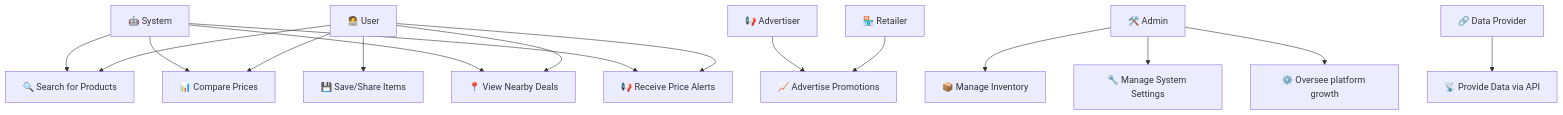
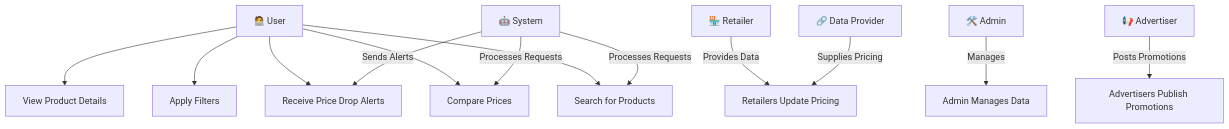
One commit to denzil-daniels-204525918/Price-aggregator-comparison-app changed the diagram in Use Case Diagrams.md. Above: the diagram before and after it, drawn with Mermaid. The commit also changed other lines of this file, not shown here.

Commit message:
Update Use Case Diagrams.md

````diff
--- a/Use Case Diagrams.md
+++ b/Use Case Diagrams.md
@@ -1,44 +3,36 @@
 ```mermaid
 graph TD;
   %% Define Actors
   User["🧑‍💻 User"] 
   Retailer["🏪 Retailer"]
   Admin["🛠️ Admin"]
   DataProvider["🔗 Data Provider"]
   Advertiser["📢 Advertiser"]
   System["🤖 System"]
 
   %% Define Use Cases
-  A["🔍 Search for Products"]
-  B["📊 Compare Prices"]
-  C["📍 View Nearby Deals"]
-  D["📢 Receive Price Alerts"]
-  E["💾 Save/Share Items"]
-  F["📦 Manage Inventory"]
-  G["📡 Provide Data via API"]
-  H["📈 Advertise Promotions"]
-  I["🔧 Manage System Settings"]
-  J["⚙️ Oversee platform growth"]
-
+  A["Search for Products"]
+  B["Compare Prices"]
+  C["Apply Filters"]
+  D["View Product Details"]
+  E["Receive Price Drop Alerts"]
+  F["Retailers Update Pricing"]
+  G["Admin Manages Data"]
+  H["Advertisers Publish Promotions"]
+  
   %% Relationships
   User --> A
   User --> B
   User --> C
   User --> D
   User --> E
 
-  Retailer --> H
+  Retailer -->|Provides Data| F
+  Admin -->|Manages| G
+  DataProvider -->|Supplies Pricing| F
+  Advertiser -->|Posts Promotions| H
 
-  Admin --> F
-  Admin --> I
-  Admin --> J
-
-  DataProvider --> G
-
-  Advertiser --> H
-
-  System --> A
-  System --> B
-  System --> C
-  System --> D
+  System -->|Processes Requests| A
+  System -->|Processes Requests| B
+  System -->|Sends Alerts| E
 ```
````
